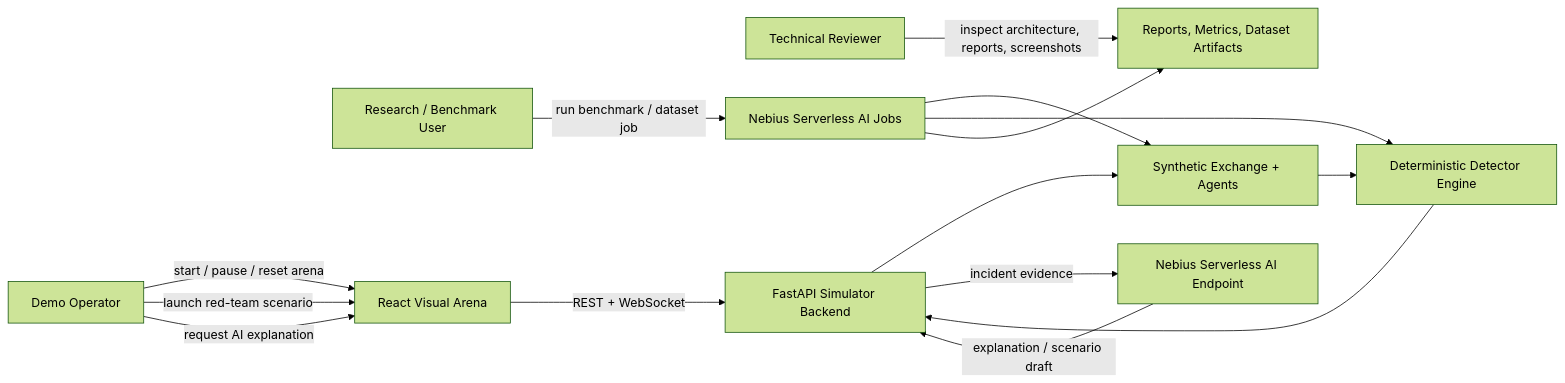
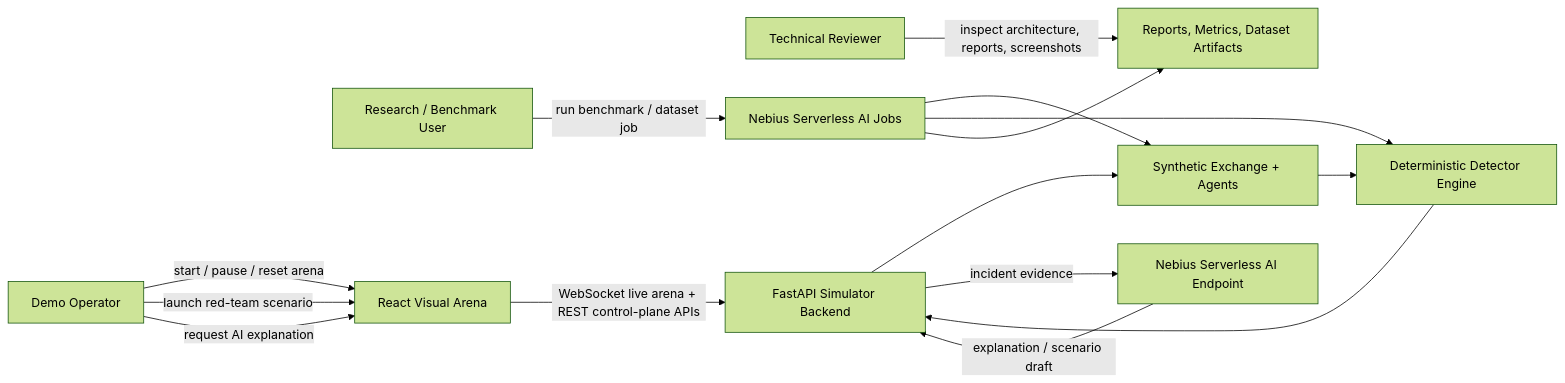
The second of 10 diagrams in docs/USE_CASES.md (khab40/aimada), drawn with Mermaid (forest theme) before and after one commit. The commit also changed other lines of this file and 32 other files, not shown here.

````diff
--- a/docs/USE_CASES.md
+++ b/docs/USE_CASES.md
@@ -71,28 +71,28 @@
 ```mermaid
 graph LR
     Operator["Demo Operator"]
     Reviewer["Technical Reviewer"]
     Researcher["Research / Benchmark User"]
     UI["React Visual Arena"]
     Backend["FastAPI Simulator Backend"]
     Simulation["Synthetic Exchange + Agents"]
     Detectors["Deterministic Detector Engine"]
     NebiusEndpoint["Nebius Serverless AI Endpoint"]
     NebiusJobs["Nebius Serverless AI Jobs"]
     Artifacts["Reports, Metrics, Dataset Artifacts"]
 
     Operator -->|"start / pause / reset arena"| UI
     Operator -->|"launch red-team scenario"| UI
     Operator -->|"request AI explanation"| UI
-    UI -->|"REST + WebSocket"| Backend
+    UI -->|"WebSocket live arena + REST control-plane APIs"| Backend
     Backend --> Simulation
     Simulation --> Detectors
     Detectors --> Backend
     Backend -->|"incident evidence"| NebiusEndpoint
     NebiusEndpoint -->|"explanation / scenario draft"| Backend
     Researcher -->|"run benchmark / dataset job"| NebiusJobs
     NebiusJobs --> Simulation
     NebiusJobs --> Detectors
     NebiusJobs --> Artifacts
     Reviewer -->|"inspect architecture, reports, screenshots"| Artifacts
 ```
````
